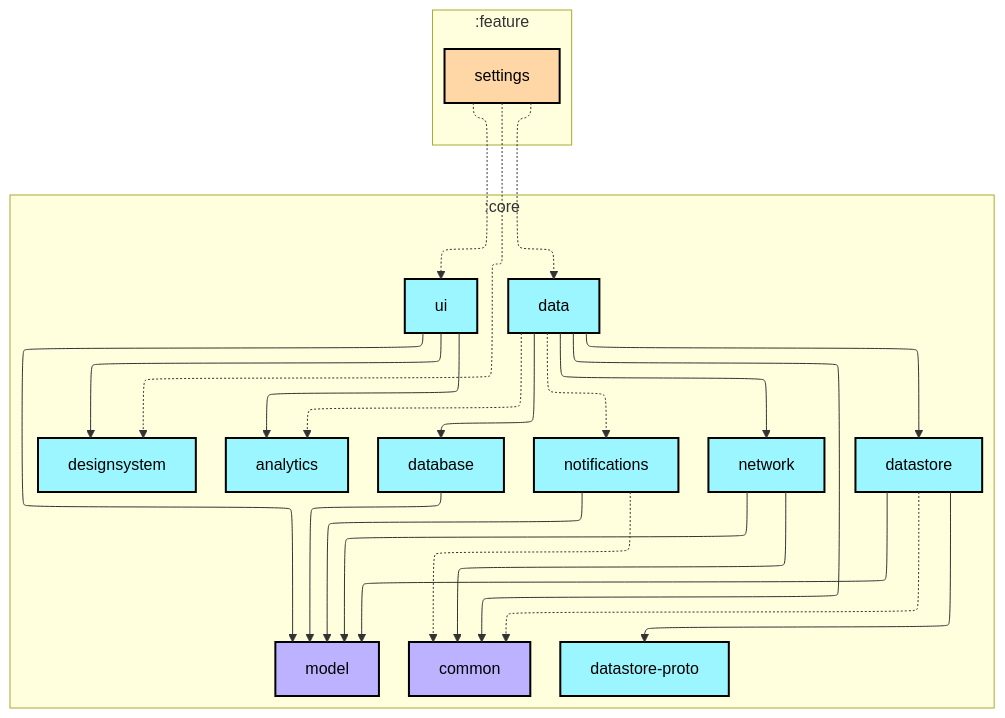
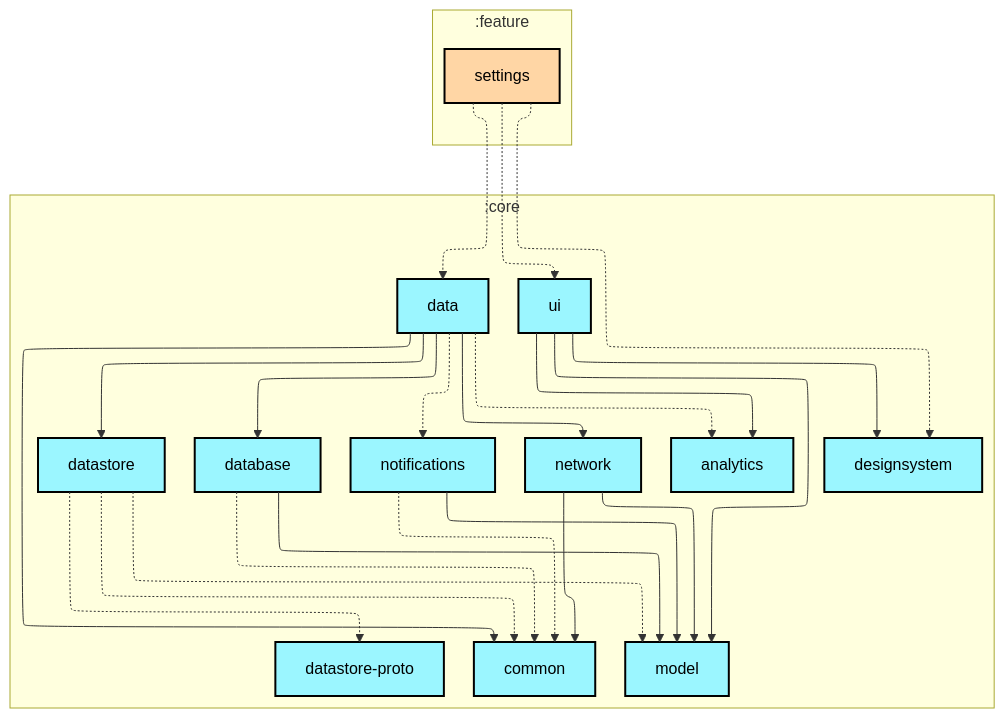
The first of 2 diagrams in feature/settings/README.md (lihenggui/nowinkmp), drawn with Mermaid before and after one commit. The commit also changed other lines of this file and 29 other files, not shown here.

First line of the commit message:
Fix graphUpdate configuration cache compatibility

````diff
--- a/feature/settings/README.md
+++ b/feature/settings/README.md
@@ -6,55 +6,56 @@
 ```mermaid
 ---
 config:
   layout: elk
   elk:
     nodePlacementStrategy: SIMPLE
 ---
 graph TB
+  subgraph :feature
+    direction TB
+    :feature:settings[settings]:::cmp-feature
+  end
   subgraph :core
     direction TB
-    :core:analytics[analytics]:::android-library
-    :core:common[common]:::jvm-library
-    :core:data[data]:::android-library
-    :core:database[database]:::android-library
-    :core:datastore[datastore]:::android-library
-    :core:datastore-proto[datastore-proto]:::android-library
-    :core:designsystem[designsystem]:::android-library
-    :core:model[model]:::jvm-library
-    :core:network[network]:::android-library
-    :core:notifications[notifications]:::android-library
-    :core:ui[ui]:::android-library
-  end
-  subgraph :feature
-    direction TB
-    :feature:settings[settings]:::android-feature
+    :core:analytics[analytics]:::kmp-library
+    :core:common[common]:::kmp-library
+    :core:data[data]:::kmp-library
+    :core:database[database]:::kmp-library
+    :core:datastore[datastore]:::kmp-library
+    :core:datastore-proto[datastore-proto]:::kmp-library
+    :core:designsystem[designsystem]:::kmp-library
+    :core:model[model]:::kmp-library
+    :core:network[network]:::kmp-library
+    :core:notifications[notifications]:::kmp-library
+    :core:ui[ui]:::kmp-library
   end
 
   :core:data -.-> :core:analytics
   :core:data --> :core:common
   :core:data --> :core:database
   :core:data --> :core:datastore
   :core:data --> :core:network
   :core:data -.-> :core:notifications
+  :core:database -.-> :core:common
   :core:database --> :core:model
   :core:datastore -.-> :core:common
-  :core:datastore --> :core:datastore-proto
-  :core:datastore --> :core:model
+  :core:datastore -.-> :core:datastore-proto
+  :core:datastore -.-> :core:model
   :core:network --> :core:common
   :core:network --> :core:model
   :core:notifications -.-> :core:common
   :core:notifications --> :core:model
   :core:ui --> :core:analytics
   :core:ui --> :core:designsystem
   :core:ui --> :core:model
   :feature:settings -.-> :core:data
   :feature:settings -.-> :core:designsystem
   :feature:settings -.-> :core:ui
 
-classDef android-application fill:#CAFFBF,stroke:#000,stroke-width:2px,color:#000;
-classDef android-feature fill:#FFD6A5,stroke:#000,stroke-width:2px,color:#000;
-classDef android-library fill:#9BF6FF,stroke:#000,stroke-width:2px,color:#000;
+classDef cmp-application fill:#CAFFBF,stroke:#000,stroke-width:2px,color:#000;
+classDef cmp-feature fill:#FFD6A5,stroke:#000,stroke-width:2px,color:#000;
+classDef kmp-library fill:#9BF6FF,stroke:#000,stroke-width:2px,color:#000;
+classDef jvm-library fill:#BDB2FF,stroke:#000,stroke-width:2px,color:#000;
 classDef android-test fill:#A0C4FF,stroke:#000,stroke-width:2px,color:#000;
-classDef jvm-library fill:#BDB2FF,stroke:#000,stroke-width:2px,color:#000;
 classDef unknown fill:#FFADAD,stroke:#000,stroke-width:2px,color:#000;
 ```
````
